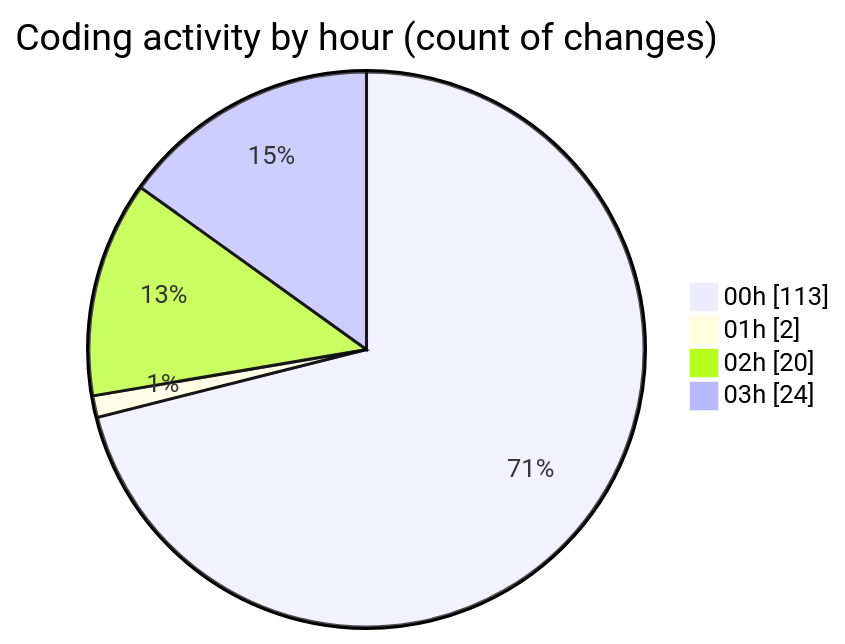
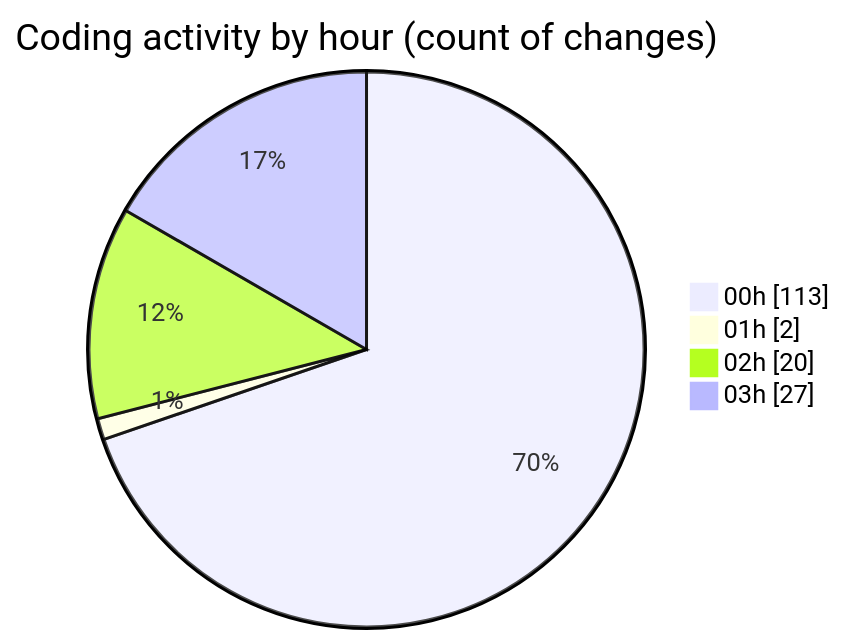
One commit to lephambinh05/code-tracking changed the second of 2 diagrams in 2025-08-06/napxuvn/README.md. Above: the diagram before and after it, drawn with Mermaid. The commit also changed other lines of this file and 1 other file, not shown here.

````diff
--- a/2025-08-06/napxuvn/README.md
+++ b/2025-08-06/napxuvn/README.md
@@ -111,8 +112,8 @@
 ```mermaid
 pie showData
 title Coding activity by hour (count of changes)
 "00h" : 113
 "01h" : 2
 "02h" : 20
-"03h" : 24
+"03h" : 27
 ```
````
